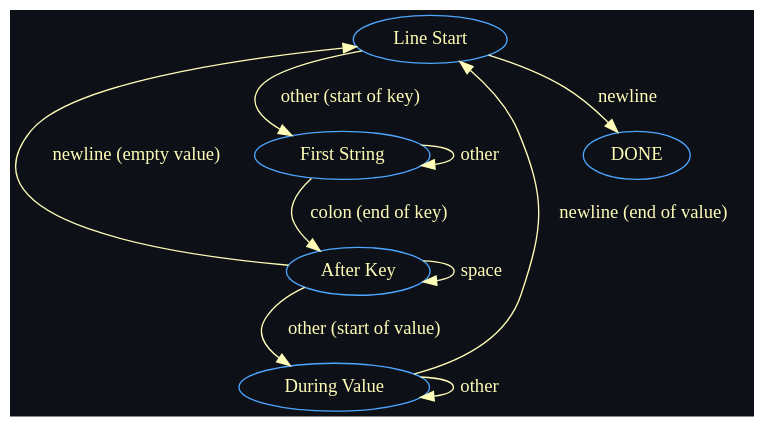
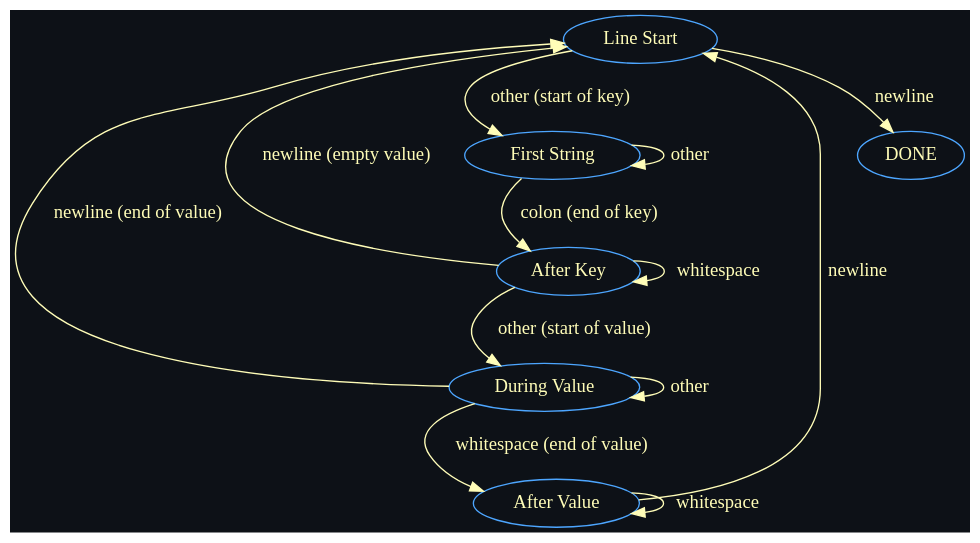
One commit to felipeasimos/minhttp changed the diagram in header-parser-state-machine.dot. Above: the diagram before and after it, drawn with Graphviz. The commit also changed 2 other files, not shown here.

Commit message:
updated README.md table and graphviz graph

```diff
--- a/header-parser-state-machine.dot
+++ b/header-parser-state-machine.dot
@@ -1,17 +1,20 @@
 digraph HeaderParser {
   node [group=main, color="#4DA6FF", fontcolor="#FFFDB8"];
   edge [style=invis, weight=100, overlap=0, constraint=true, fontcolor="#FFFDB8", color="#FFFDB8"];
   graph [layout=dot, fontcolor="#FFFDB8", bgcolor="#0d1117"];
-  "Line Start" -> "First String":e -> "After Key":e -> "During Value":e [style=invisible, arrowhead=none];
+  "Line Start" -> "First String":e -> "After Key":e -> "During Value":e -> "After Value":e [style=invisible, arrowhead=none];
   edge [style=solid, weight=1, overlap=scale, constraint=true];
 
   "Line Start" -> "DONE" [label="newline"];
   "Line Start" -> "First String" [label="other (start of key)"];
   "First String" -> "First String" [label="other"];
   "First String" -> "After Key" [label="colon (end of key)"];
   "After Key" -> "Line Start" [label="newline (empty value)"];
-  "After Key" -> "After Key" [label="space"];
+  "After Key" -> "After Key" [label="whitespace"];
   "After Key" -> "During Value" [label="other (start of value)"];
   "During Value" -> "Line Start" [label="newline (end of value)"];
   "During Value" -> "During Value" [label="other"];
+  "During Value" -> "After Value" [label="whitespace (end of value)"];
+  "After Value" -> "After Value" [label="whitespace"];
+  "After Value" -> "Line Start" [label="newline"];
 }
```
